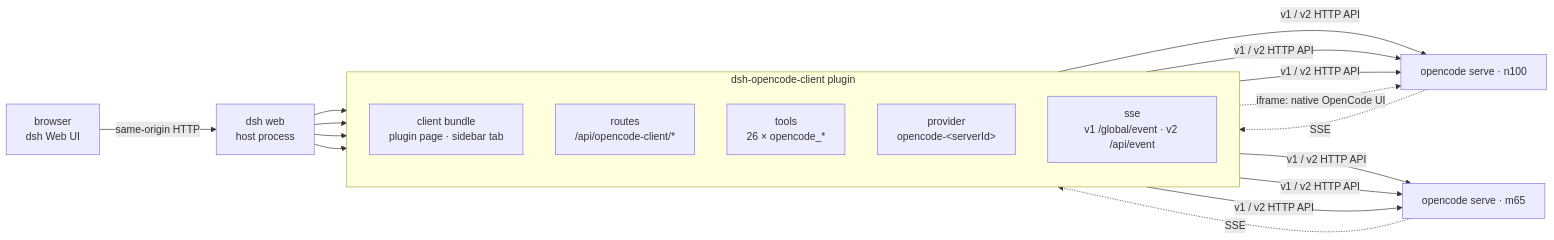
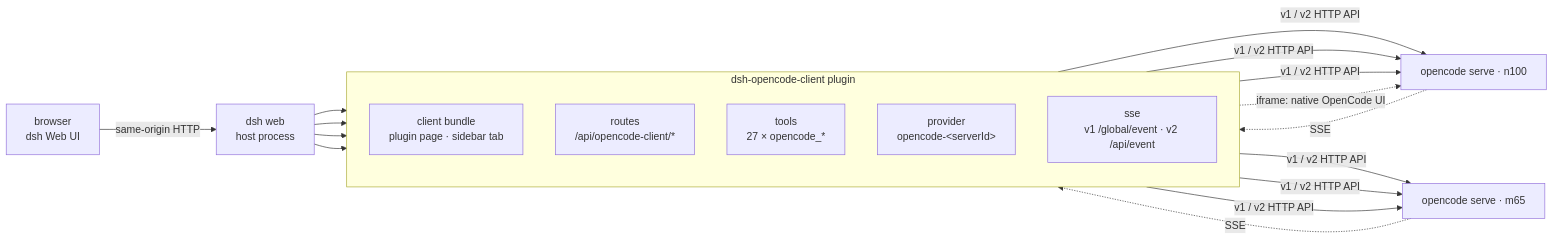
One commit to yhuan416/dsh-opencode-client changed the diagram in README.md. Above: the diagram before and after it, drawn with Mermaid. The commit also changed other lines of this file and 8 other files, not shown here.

````diff
--- a/README.md
+++ b/README.md
@@ -82,29 +87,29 @@
 ```mermaid
 flowchart LR
     BROWSER["browser<br/>dsh Web UI"] -->|"same-origin HTTP"| DSH["dsh web<br/>host process"]
 
     subgraph PLUGIN["dsh-opencode-client plugin"]
         direction TB
         CLIENT["client bundle<br/>plugin page · sidebar tab"]
         ROUTES["routes<br/>/api/opencode-client/*"]
-        TOOLS["tools<br/>26 × opencode_*"]
+        TOOLS["tools<br/>27 × opencode_*"]
         PROVIDER["provider<br/>opencode-&lt;serverId&gt;"]
         SSE["sse<br/>v1 /global/event · v2 /api/event"]
     end
 
     DSH --> CLIENT
     DSH --> ROUTES
     DSH --> TOOLS
     DSH --> PROVIDER
 
     ROUTES -->|"v1 / v2 HTTP API"| N100["opencode serve · n100"]
     TOOLS -->|"v1 / v2 HTTP API"| N100
     PROVIDER -->|"v1 / v2 HTTP API"| N100
     ROUTES -->|"v1 / v2 HTTP API"| M65["opencode serve · m65"]
     TOOLS -->|"v1 / v2 HTTP API"| M65
     PROVIDER -->|"v1 / v2 HTTP API"| M65
 
     N100 -.->|"SSE"| SSE
     M65 -.->|"SSE"| SSE
     CLIENT -.->|"iframe: native OpenCode UI"| N100
 ```
````
